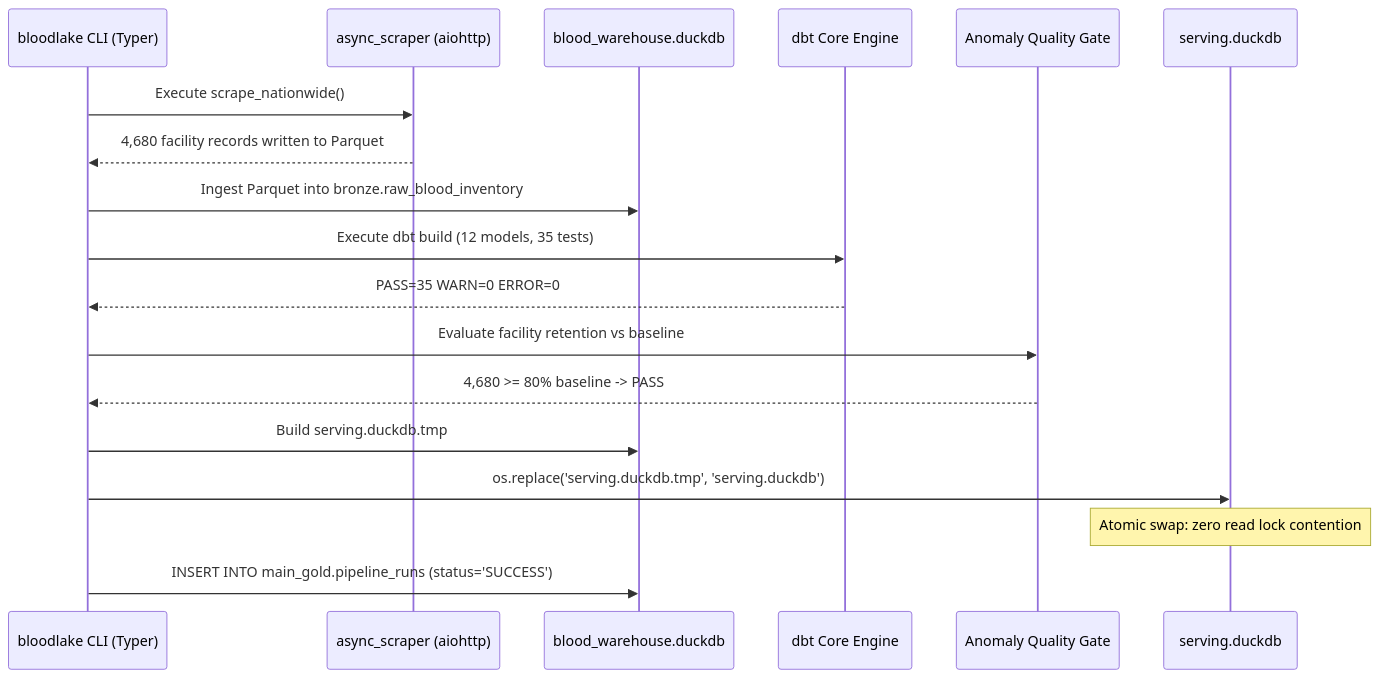
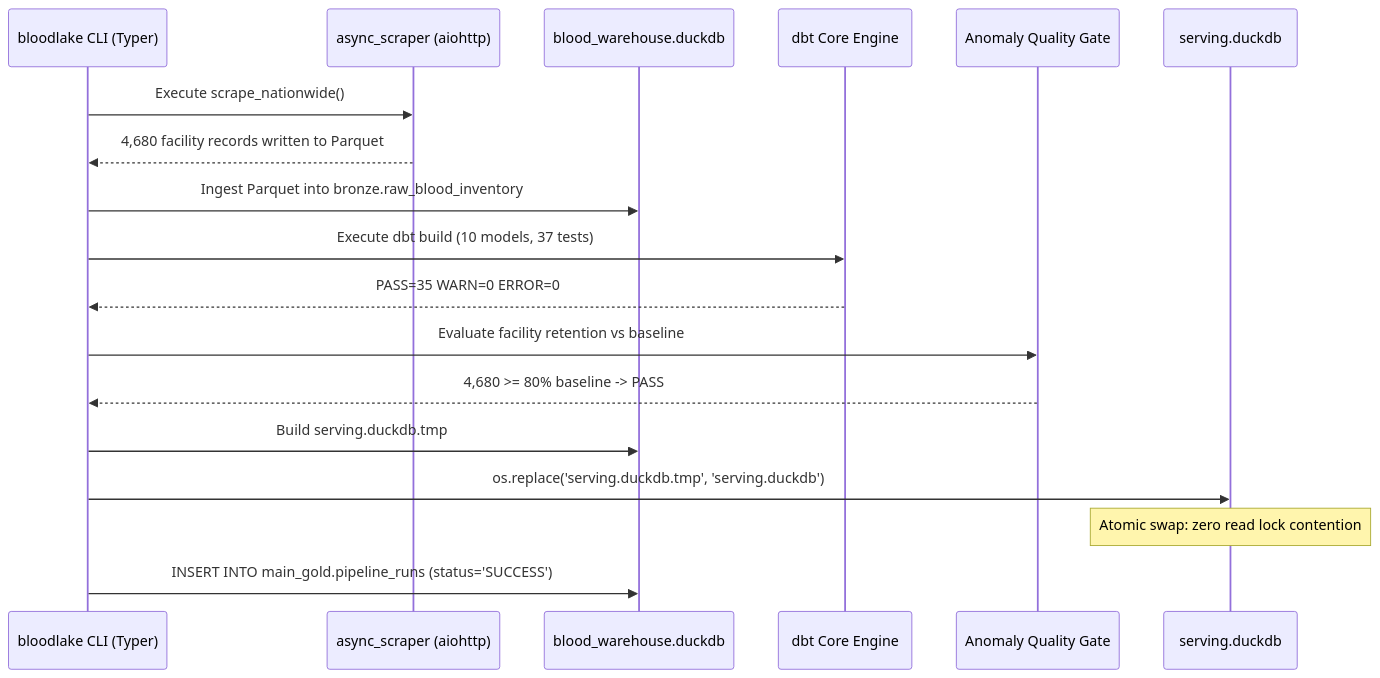
One commit to radhey803/raktsetu changed the sixth of 6 diagrams in docs/academic/REPORT.md. Above: the diagram before and after it, drawn with Mermaid. The commit also changed other lines of this file and 63 other files, not shown here.

````diff
--- a/docs/academic/REPORT.md
+++ b/docs/academic/REPORT.md
@@ -269,21 +269,21 @@
 ```mermaid
 sequenceDiagram
     participant CLI as bloodlake CLI (Typer)
     participant Scraper as async_scraper (aiohttp)
     participant Duck as blood_warehouse.duckdb
     participant dbt as dbt Core Engine
     participant Gate as Anomaly Quality Gate
     participant Srv as serving.duckdb
 
     CLI->>Scraper: Execute scrape_nationwide()
     Scraper-->>CLI: 4,680 facility records written to Parquet
     CLI->>Duck: Ingest Parquet into bronze.raw_blood_inventory
-    CLI->>dbt: Execute dbt build (12 models, 35 tests)
+    CLI->>dbt: Execute dbt build (10 models, 37 tests)
     dbt-->>CLI: PASS=35 WARN=0 ERROR=0
     CLI->>Gate: Evaluate facility retention vs baseline
     Gate-->>CLI: 4,680 >= 80% baseline -> PASS
     CLI->>Duck: Build serving.duckdb.tmp
     CLI->>Srv: os.replace('serving.duckdb.tmp', 'serving.duckdb')
     Note over Srv: Atomic swap: zero read lock contention
     CLI->>Duck: INSERT INTO main_gold.pipeline_runs (status='SUCCESS')
 ```
````
